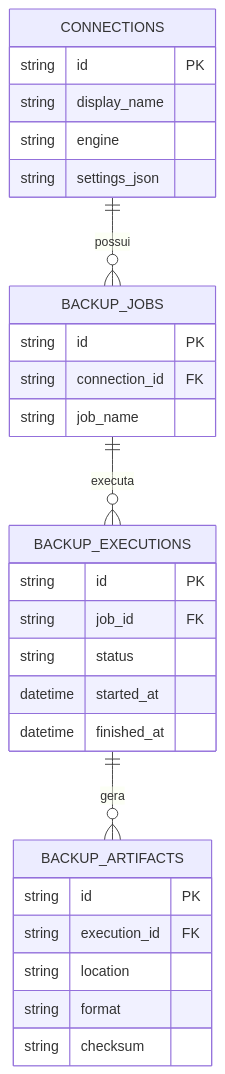
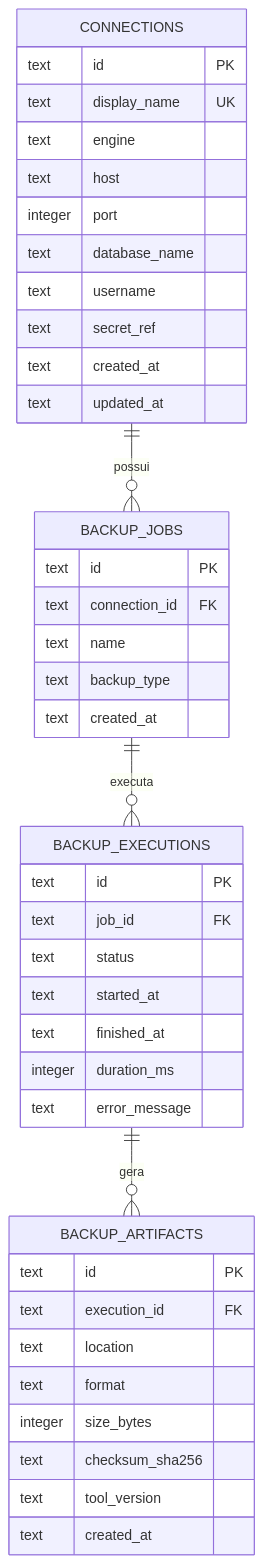
The diagram in docs/diagramas/modelo-de-dados.md (aqu1no1/database-backup-utility), drawn with Mermaid before and after one commit. The commit also changed other lines of this file and 10 other files, not shown here.

````diff
--- a/docs/diagramas/modelo-de-dados.md
+++ b/docs/diagramas/modelo-de-dados.md
@@ -5,31 +6,44 @@
 ```mermaid
 erDiagram
     CONNECTIONS ||--o{ BACKUP_JOBS : possui
     BACKUP_JOBS ||--o{ BACKUP_EXECUTIONS : executa
     BACKUP_EXECUTIONS ||--o{ BACKUP_ARTIFACTS : gera
     CONNECTIONS {
-        string id PK
-        string display_name
-        string engine
-        string settings_json
+        text id PK
+        text display_name UK
+        text engine
+        text host
+        integer port
+        text database_name
+        text username
+        text secret_ref
+        text created_at
+        text updated_at
     }
     BACKUP_JOBS {
-        string id PK
-        string connection_id FK
-        string job_name
+        text id PK
+        text connection_id FK
+        text name
+        text backup_type
+        text created_at
     }
     BACKUP_EXECUTIONS {
-        string id PK
-        string job_id FK
-        string status
-        datetime started_at
-        datetime finished_at
+        text id PK
+        text job_id FK
+        text status
+        text started_at
+        text finished_at
+        integer duration_ms
+        text error_message
     }
     BACKUP_ARTIFACTS {
-        string id PK
-        string execution_id FK
-        string location
-        string format
-        string checksum
+        text id PK
+        text execution_id FK
+        text location
+        text format
+        integer size_bytes
+        text checksum_sha256
+        text tool_version
+        text created_at
     }
 ```
````
